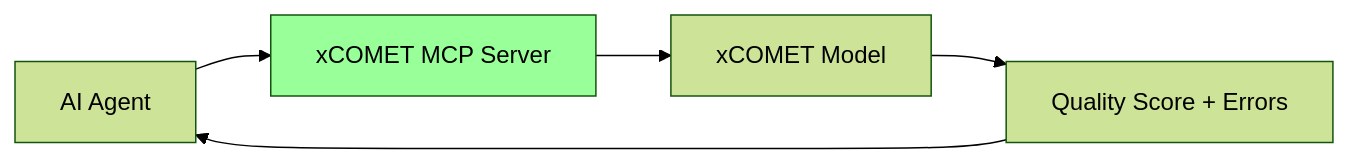
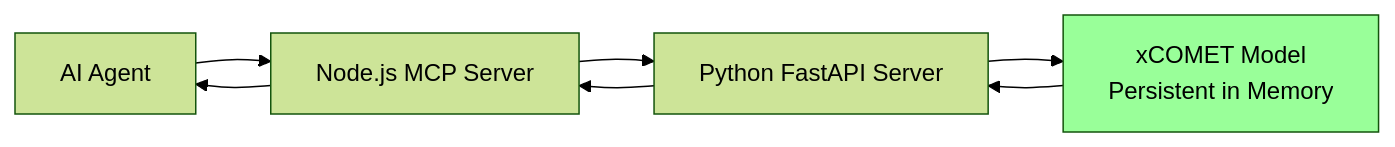
One commit to shuji-bonji/xcomet-mcp-server changed the first of 3 diagrams in README.md. Above: the diagram before and after it, drawn with Mermaid (forest theme). The commit also changed other lines of this file and 7 other files, not shown here.

````diff
--- a/README.md
+++ b/README.md
@@ -18,9 +18,11 @@
 ```mermaid
 graph LR
-    A[AI Agent] --> B[xCOMET MCP Server]
-    B --> C[xCOMET Model]
-    C --> D[Quality Score + Errors]
-    D --> A
-    
-    style B fill:#9f9
+    A[AI Agent] --> B[Node.js MCP Server]
+    B --> C[Python FastAPI Server]
+    C --> D[xCOMET Model<br/>Persistent in Memory]
+    D --> C
+    C --> B
+    B --> A
+
+    style D fill:#9f9
 ```
````
